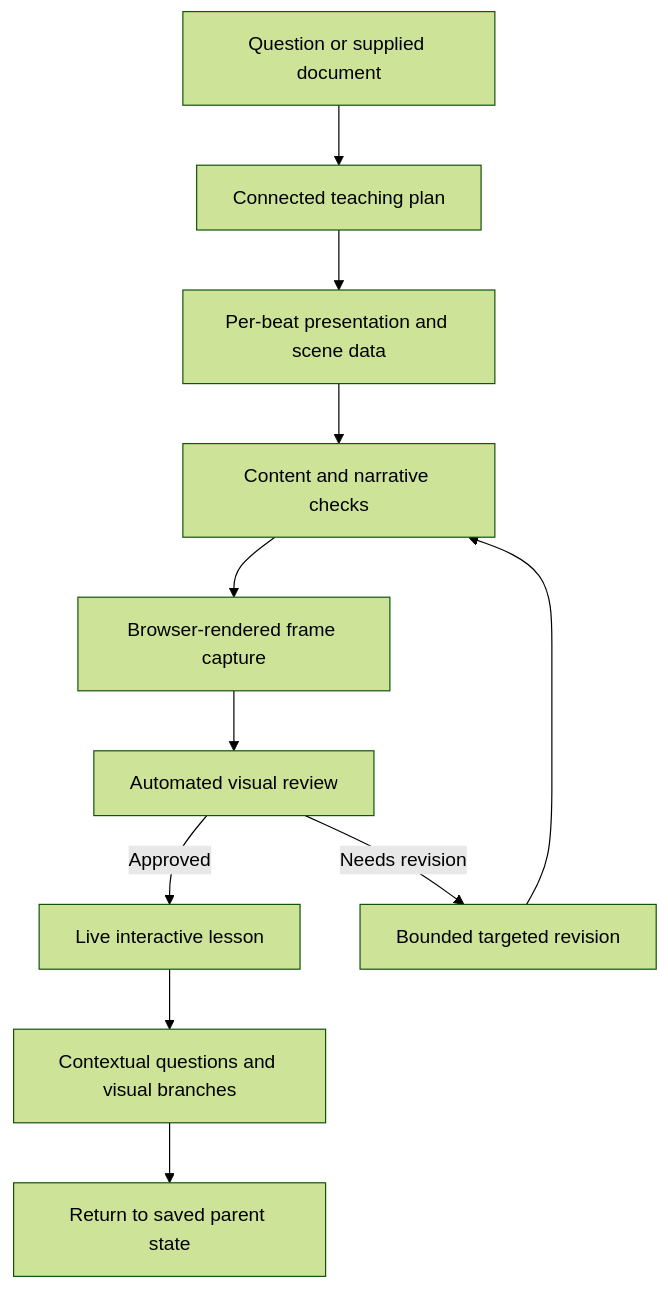
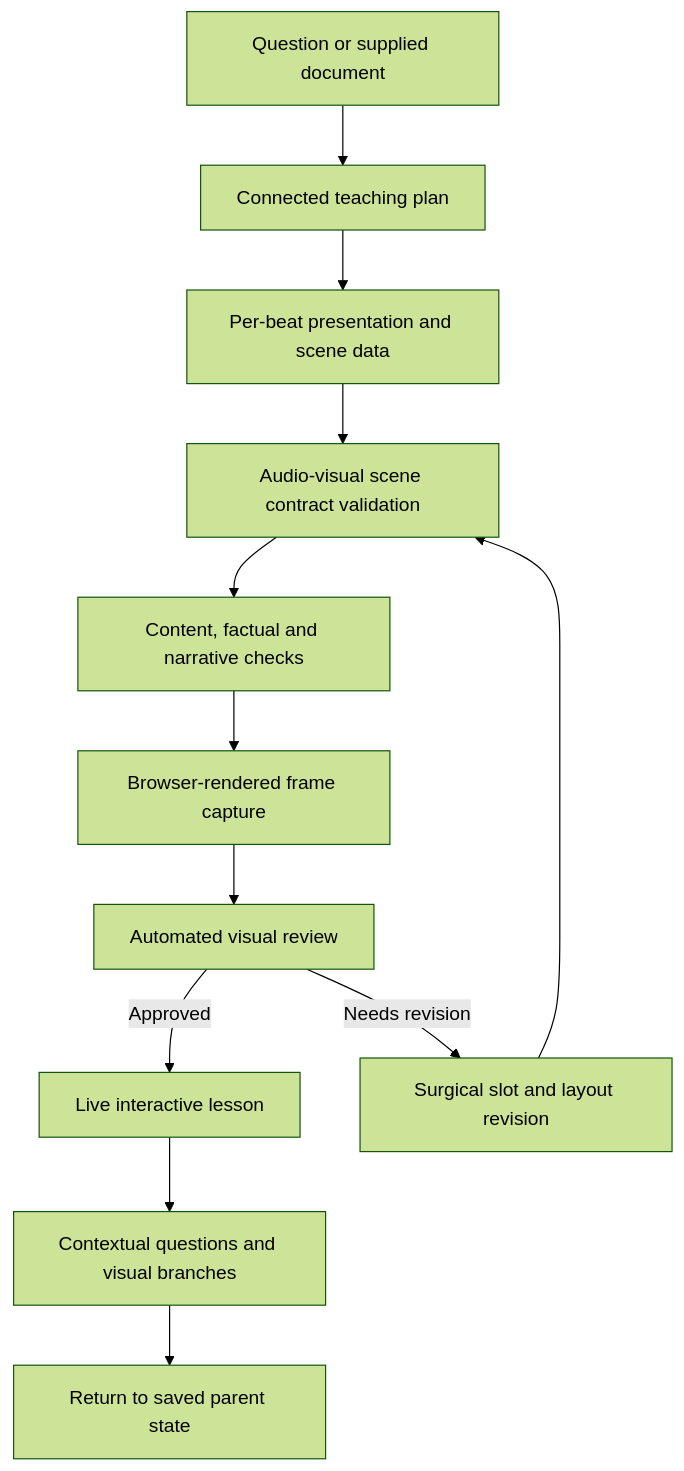
The diagram in README.md (acceptance27/qweeps), drawn with Mermaid (forest theme) before and after one commit. The commit also changed other lines of this file and 88 other files, not shown here.

Commit message:
docs: showcase live browser demos, document audio-visual scene contracts, and bundle offline lessons

````diff
--- a/README.md
+++ b/README.md
@@ -89,13 +119,14 @@
 ```mermaid
 flowchart TD
     Input[Question or supplied document] --> Plan[Connected teaching plan]
     Plan --> Direction[Per-beat presentation and scene data]
-    Direction --> Content[Content and narrative checks]
+    Direction --> Contract[Audio-visual scene contract validation]
+    Contract --> Content[Content, factual and narrative checks]
     Content --> Frames[Browser-rendered frame capture]
     Frames --> Review[Automated visual review]
     Review -->|Approved| Live[Live interactive lesson]
-    Review -->|Needs revision| Repair[Bounded targeted revision]
-    Repair --> Content
+    Review -->|Needs revision| Repair[Surgical slot and layout revision]
+    Repair --> Contract
     Live --> Ask[Contextual questions and visual branches]
     Ask --> Return[Return to saved parent state]
 ```
````
